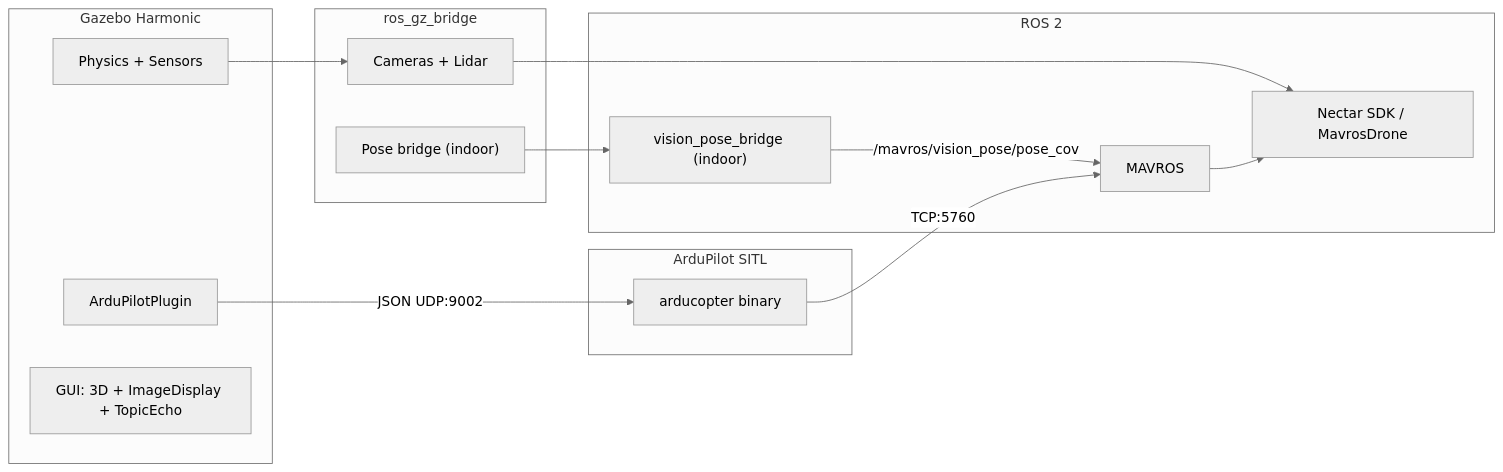
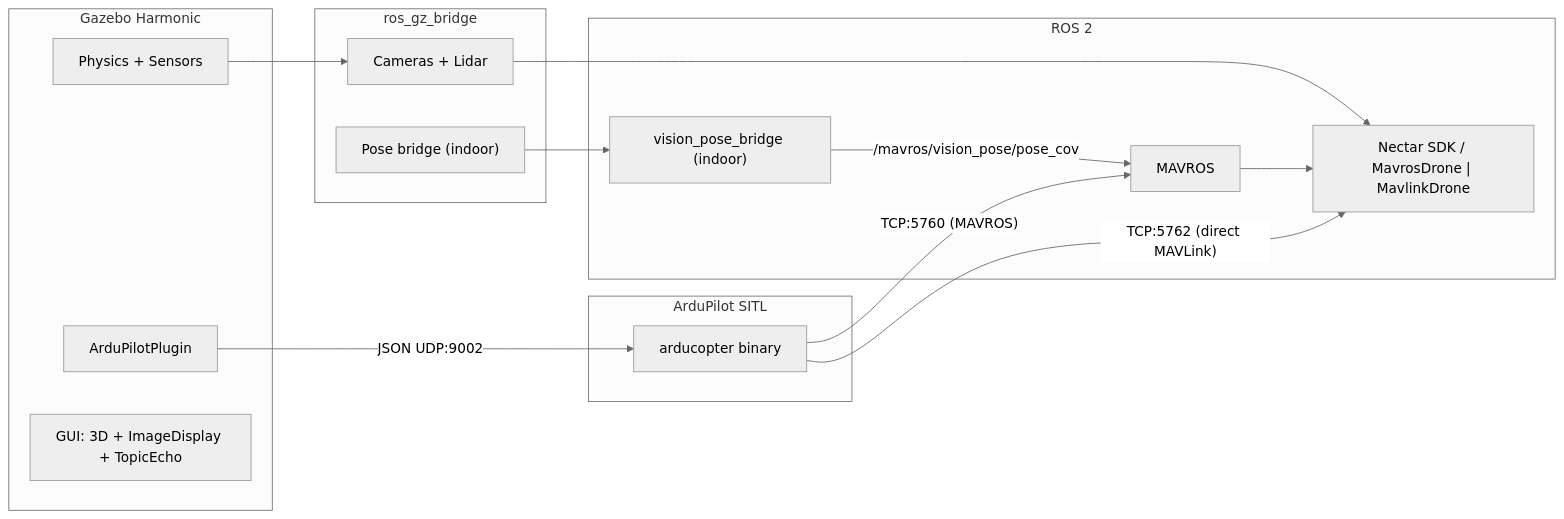
The first of 2 diagrams in nectar/simulation/README.md (Black-Bee-Drones/nectar-sdk), drawn with Mermaid (neutral theme) before and after one commit. The commit also changed other lines of this file and 7 other files, not shown here.

Commit message:
docs: document Ardupilot core and MAVROS/MAVLink transports

````diff
--- a/nectar/simulation/README.md
+++ b/nectar/simulation/README.md
@@ -9,31 +9,32 @@
 ```mermaid
 flowchart LR
     subgraph sitl [ArduPilot SITL]
         ArduCopter["arducopter binary"]
     end
 
     subgraph gazebo [Gazebo Harmonic]
         Physics["Physics + Sensors"]
         ArduPlugin["ArduPilotPlugin"]
         GUI["GUI: 3D + ImageDisplay + TopicEcho"]
     end
 
     subgraph bridge [ros_gz_bridge]
         SensorBridge["Cameras + Lidar"]
         PoseBridge["Pose bridge (indoor)"]
     end
 
     subgraph ros2 [ROS 2]
         MAVROS["MAVROS"]
         VisionBridge["vision_pose_bridge (indoor)"]
-        SDK["Nectar SDK / MavrosDrone"]
+        SDK["Nectar SDK / MavrosDrone | MavlinkDrone"]
     end
 
     ArduPlugin -->|"JSON UDP:9002"| ArduCopter
-    ArduCopter -->|"TCP:5760"| MAVROS
+    ArduCopter -->|"TCP:5760 (MAVROS)"| MAVROS
+    ArduCopter -->|"TCP:5762 (direct MAVLink)"| SDK
     Physics --> SensorBridge
     SensorBridge --> SDK
     PoseBridge --> VisionBridge
     VisionBridge -->|"/mavros/vision_pose/pose_cov"| MAVROS
     MAVROS --> SDK
 ```
````
